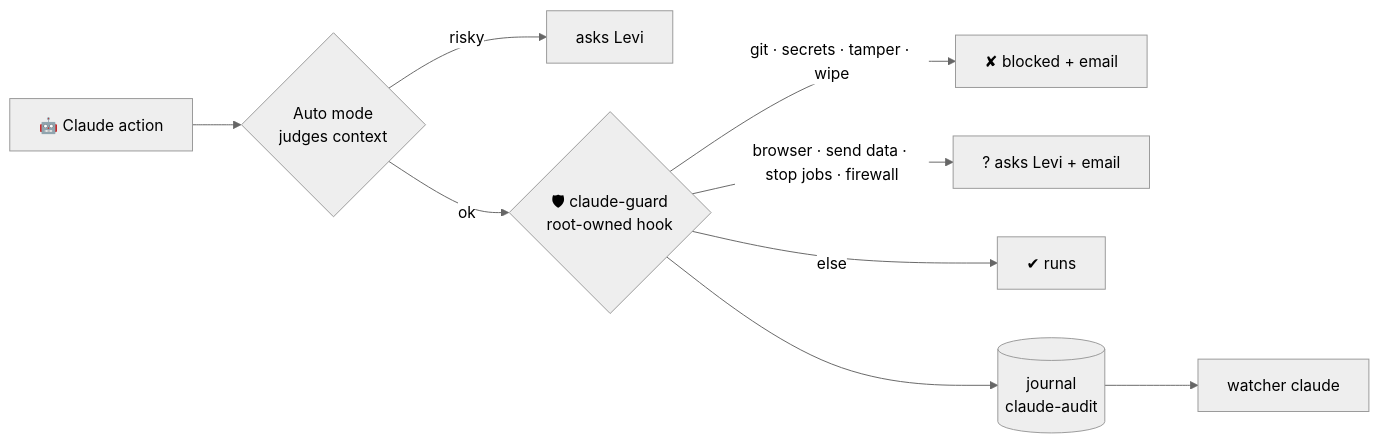
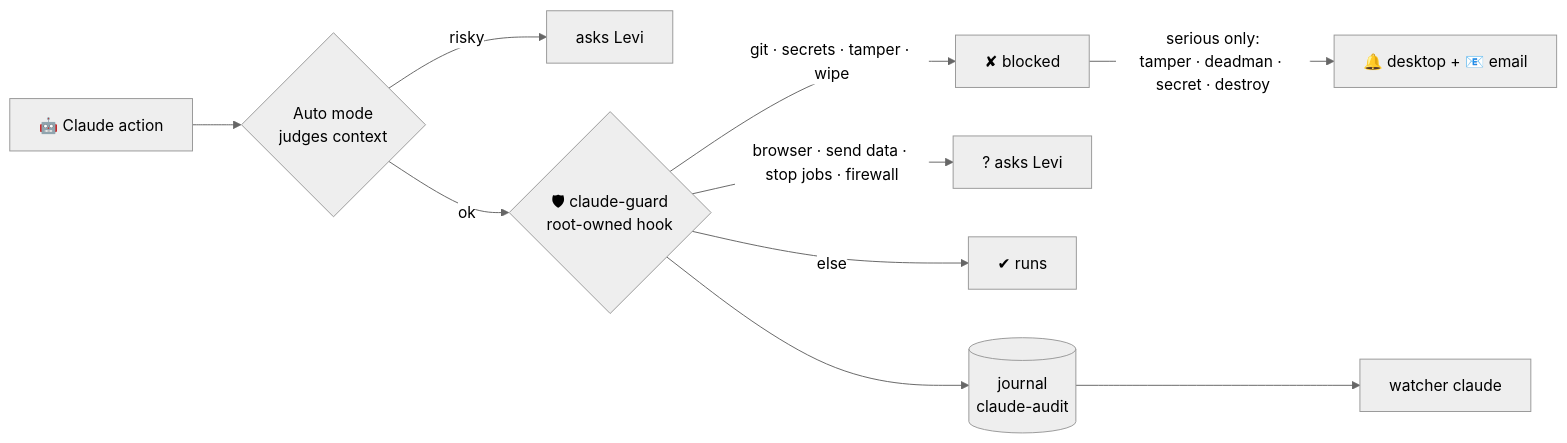
The fourth of 5 diagrams in docs/architecture.md (levifarley/fedora-workstation-automation), drawn with Mermaid (neutral theme) before and after one commit. The commit also changed other lines of this file and 10 other files, not shown here.

````diff
--- a/docs/architecture.md
+++ b/docs/architecture.md
@@ -117,11 +117,12 @@
 ```mermaid
 flowchart LR
     C["🤖 Claude action"] --> AM{"Auto mode<br/>judges context"}
     AM -- risky --> ASK1["asks Levi"]
     AM -- ok --> GU{"🛡 claude-guard<br/>root-owned hook"}
-    GU -- "git · secrets · tamper · wipe" --> BLOCK["✘ blocked + email"]
-    GU -- "browser · send data · stop jobs · firewall" --> ASK2["? asks Levi + email"]
+    GU -- "git · secrets · tamper · wipe" --> BLOCK["✘ blocked"]
+    GU -- "browser · send data · stop jobs · firewall" --> ASK2["? asks Levi"]
+    BLOCK -- "serious only:<br/>tamper · deadman · secret · destroy" --> NOTE["🔔 desktop + 📧 email"]
     GU -- else --> RUN["✔ runs"]
     GU --> LOG[("journal<br/>claude-audit")]
     LOG --> WC["watcher claude"]
 ```
````
